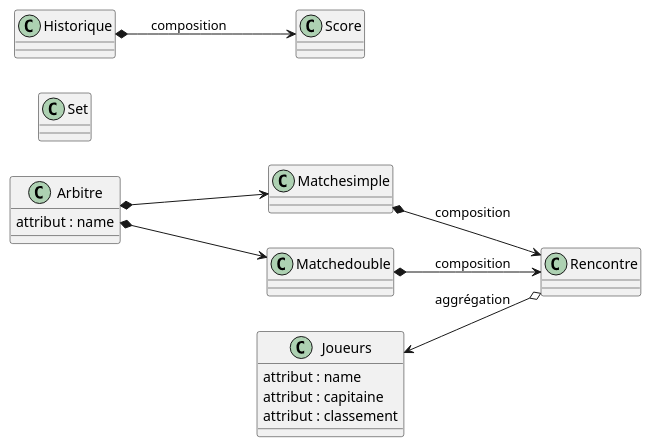
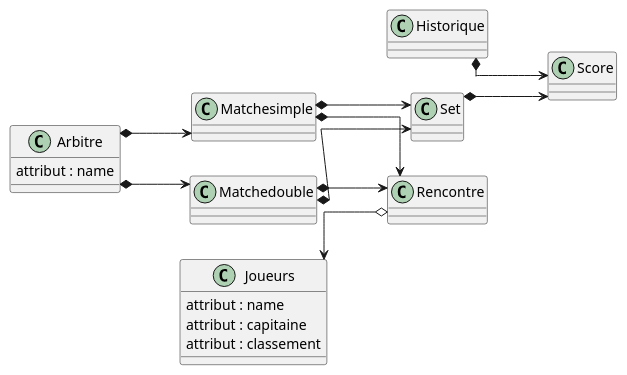
The diagram in assets/php/competition_ping_pong.puml (davidbrylka/Ping-Pong), drawn with PlantUML before and after one commit.

Commit message:
08/10/2021 10:34

```diff
--- a/assets/php/competition_ping_pong.puml
+++ b/assets/php/competition_ping_pong.puml
@@ -1,51 +1,58 @@
 @startuml "Enfer"
 
 left to right direction
+skinparam Linetype polyline
+skinparam linetype ortho
+
 
 class Matchesimple{
 
 }
 class Matchedouble{
 
 }
 
 
 class Arbitre{
     attribut : name
 }
 
 class Joueurs{
     attribut : name
     attribut : capitaine
     attribut : classement
 }
 
 class Set{
 }
 
 class Score{
 
 }
 
 class Rencontre{
 
 }
 class Historique{
 
 }
 
-Joueurs <--o Rencontre : aggrégation
-Matchesimple *-->Rencontre : composition
-Matchedouble *-->Rencontre : composition
+Joueurs <--o Rencontre
+Matchesimple *-->Rencontre
+Matchedouble *-->Rencontre
 
-Historique*-->Score : composition
+Historique*-->Score
 
 Arbitre *--> Matchesimple
 Arbitre *--> Matchedouble
+
+Set *--> Score
+Matchesimple *-->Set
+Matchedouble *-->Set
 
 
 
 
 
 
 @enduml
```
